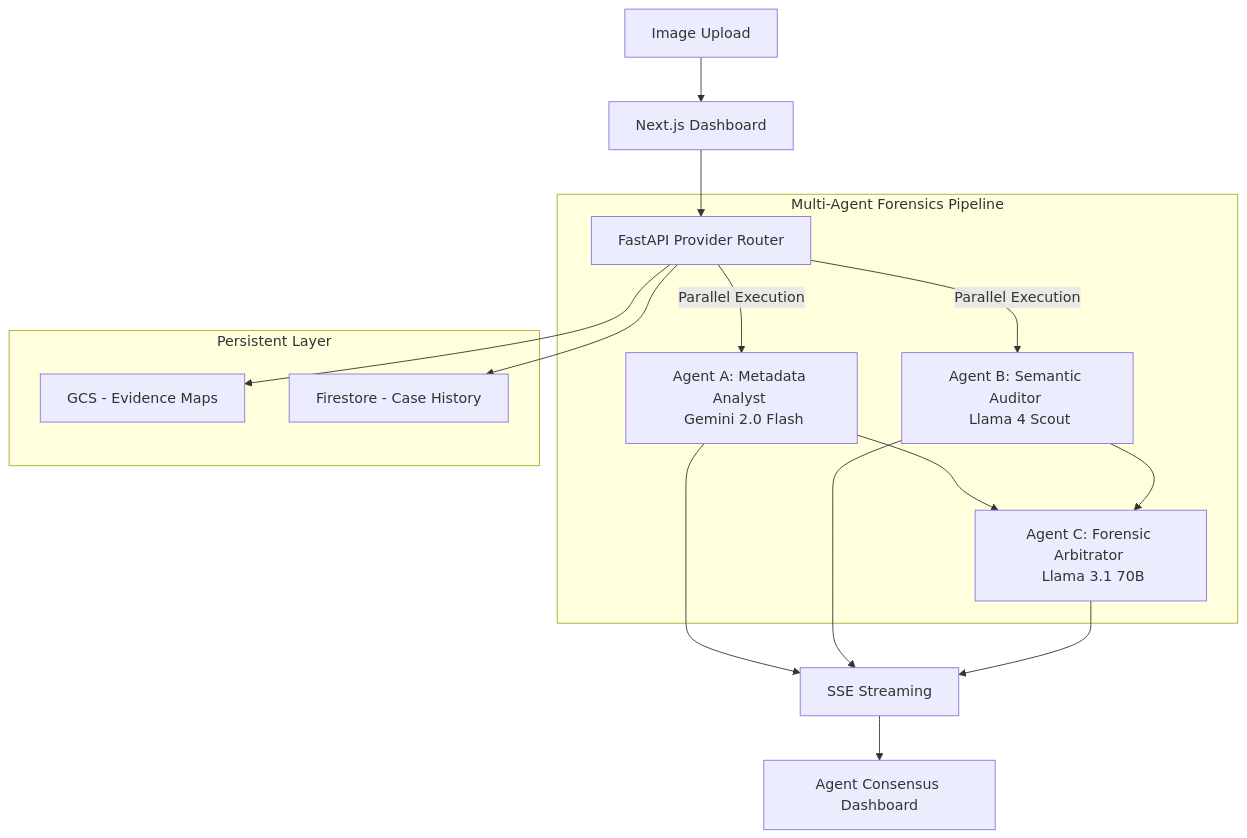
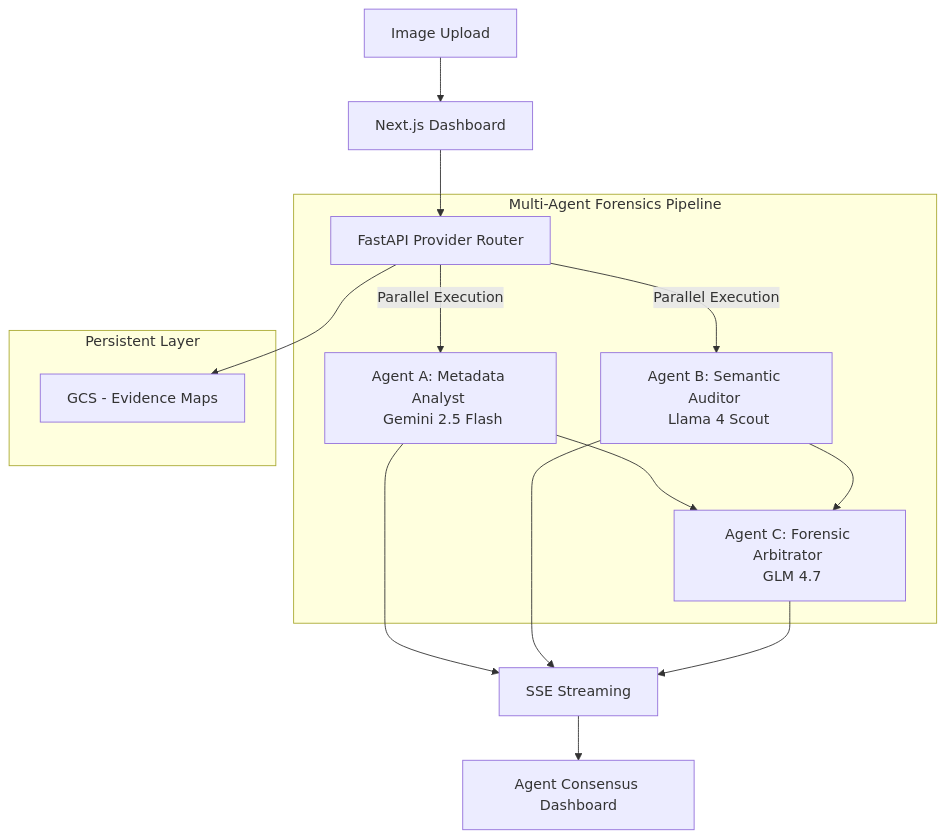
Before and after one commit to JaleedAhmad/ai-image-forensics-app: the diagram in README.md, drawn with Mermaid. The commit also changed other lines of this file and 1 other file, not shown here.

First line of the commit message:
chore: clean up Firestore and update README

````diff
--- a/README.md
+++ b/README.md
@@ -58,20 +58,19 @@
 ```mermaid
 graph TD
     A[Image Upload] --> B[Next.js Dashboard]
     B --> C[FastAPI Provider Router]
     
     subgraph "Multi-Agent Forensics Pipeline"
-        C -->|Parallel Execution| D1[Agent A: Metadata Analyst <br> Gemini 2.0 Flash]
+        C -->|Parallel Execution| D1[Agent A: Metadata Analyst <br> Gemini 2.5 Flash]
         C -->|Parallel Execution| D2[Agent B: Semantic Auditor <br> Llama 4 Scout]
-        D1 --> D3[Agent C: Forensic Arbitrator <br> Llama 3.1 70B]
+        D1 --> D3[Agent C: Forensic Arbitrator <br> GLM 4.7]
         D2 --> D3
     end
     
     D1 & D2 & D3 --> E[SSE Streaming]
     E --> F[Agent Consensus Dashboard]
     
     subgraph "Persistent Layer"
         C --> G[GCS - Evidence Maps]
-        C --> H[Firestore - Case History]
     end
 ```
````
